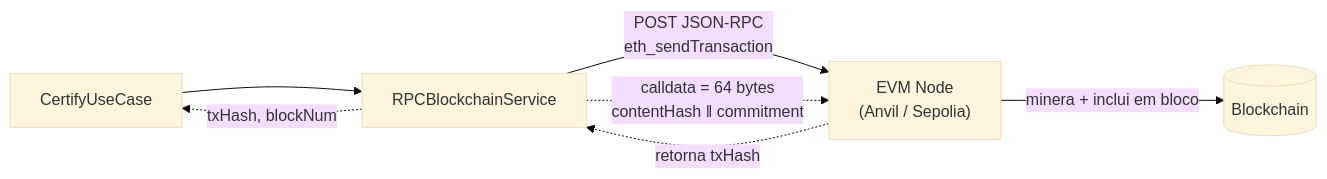
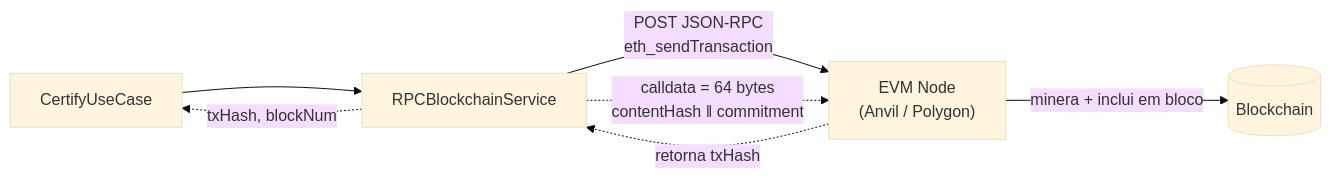
Before and after one commit to waizbart/aletheia-api: the fourth of 5 diagrams in docs/ARCHITECTURE.md, drawn with Mermaid (base theme). The commit also changed other lines of this file and 1 other file, not shown here.

Commit message:
docs: update EVM JSON-RPC endpoint references from Sepolia to Polygon

````diff
--- a/docs/ARCHITECTURE.md
+++ b/docs/ARCHITECTURE.md
@@ -137,10 +137,10 @@
 ```mermaid
 flowchart LR
     UC["CertifyUseCase"] --> SVC["RPCBlockchainService"]
-    SVC -- "POST JSON-RPC<br/>eth_sendTransaction" --> NODE["EVM Node<br/>(Anvil / Sepolia)"]
+    SVC -- "POST JSON-RPC<br/>eth_sendTransaction" --> NODE["EVM Node<br/>(Anvil / Polygon)"]
     NODE -- "minera + inclui em bloco" --> CHAIN[("Blockchain")]
     NODE -. "retorna txHash" .-> SVC
     SVC -. "txHash, blockNum" .-> UC
 
     SVC -. "calldata = 64 bytes<br/>contentHash ‖ commitment" .-> NODE
 ```
````
